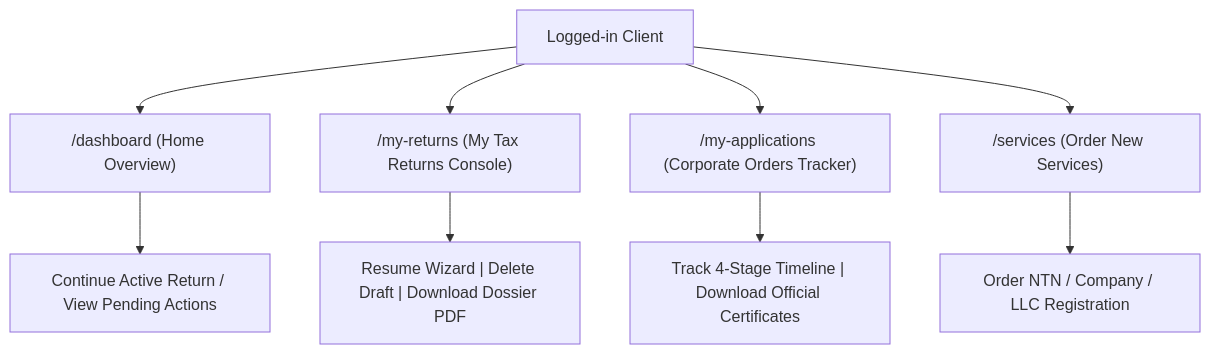
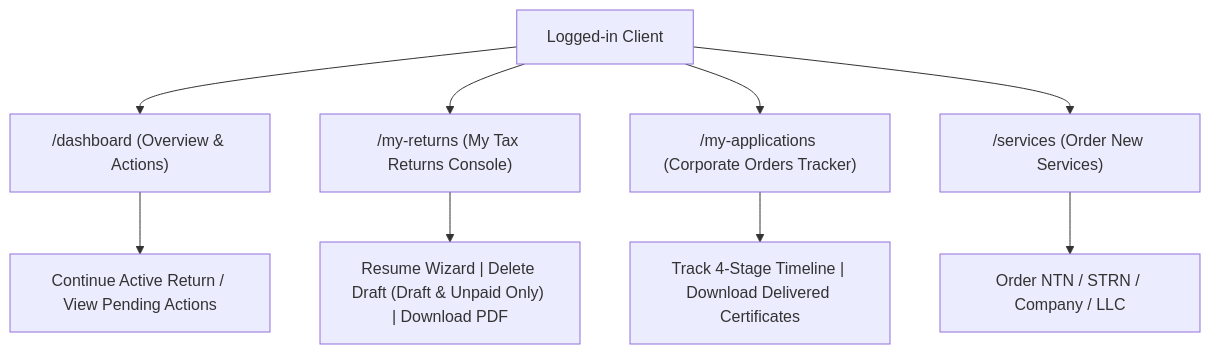
The fifth of 9 diagrams in APPLICATION_FLOW.md (mouz313/Taxflilling), drawn with Mermaid before and after one commit. The commit also changed other lines of this file and 14 other files, not shown here.

````diff
--- a/APPLICATION_FLOW.md
+++ b/APPLICATION_FLOW.md
@@ -199,12 +238,12 @@
 ```mermaid
 graph TD
-    Client[Logged-in Client] --> CDash["/dashboard (Home Overview)"]
+    Client[Logged-in Client] --> CDash["/dashboard (Overview & Actions)"]
     Client --> MyRet["/my-returns (My Tax Returns Console)"]
     Client --> MyApps["/my-applications (Corporate Orders Tracker)"]
     Client --> Services["/services (Order New Services)"]
 
     CDash --> QuickAction["Continue Active Return / View Pending Actions"]
-    MyRet --> ActionsRet["Resume Wizard | Delete Draft | Download Dossier PDF"]
-    MyApps --> ActionsApp["Track 4-Stage Timeline | Download Official Certificates"]
-    Services --> NewApp["Order NTN / Company / LLC Registration"]
+    MyRet --> ActionsRet["Resume Wizard | Delete Draft (Draft & Unpaid Only) | Download PDF"]
+    MyApps --> ActionsApp["Track 4-Stage Timeline | Download Delivered Certificates"]
+    Services --> NewApp["Order NTN / STRN / Company / LLC"]
 ```
````
